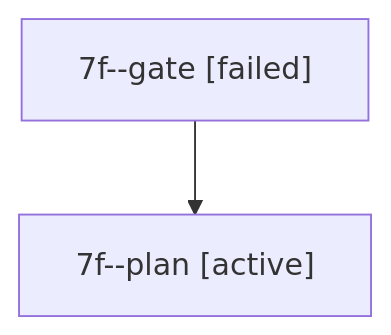
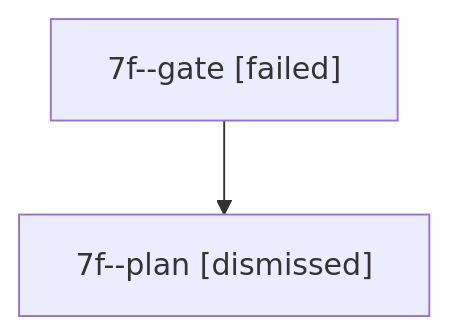
Before and after one commit to sase-org/sase--agents: the diagram in sessions/bbugyi200.athena.7f.md, drawn with Mermaid. The commit also changed other lines of this file and 29 other files, not shown here.

````diff
--- a/sessions/bbugyi200.athena.7f.md
+++ b/sessions/bbugyi200.athena.7f.md
@@ -9,6 +9,6 @@
 ```mermaid
 flowchart TD
   n0["7f--gate [failed]"]
-  n1["7f--plan [active]"]
+  n1["7f--plan [dismissed]"]
   n0 --> n1
 ```
````
